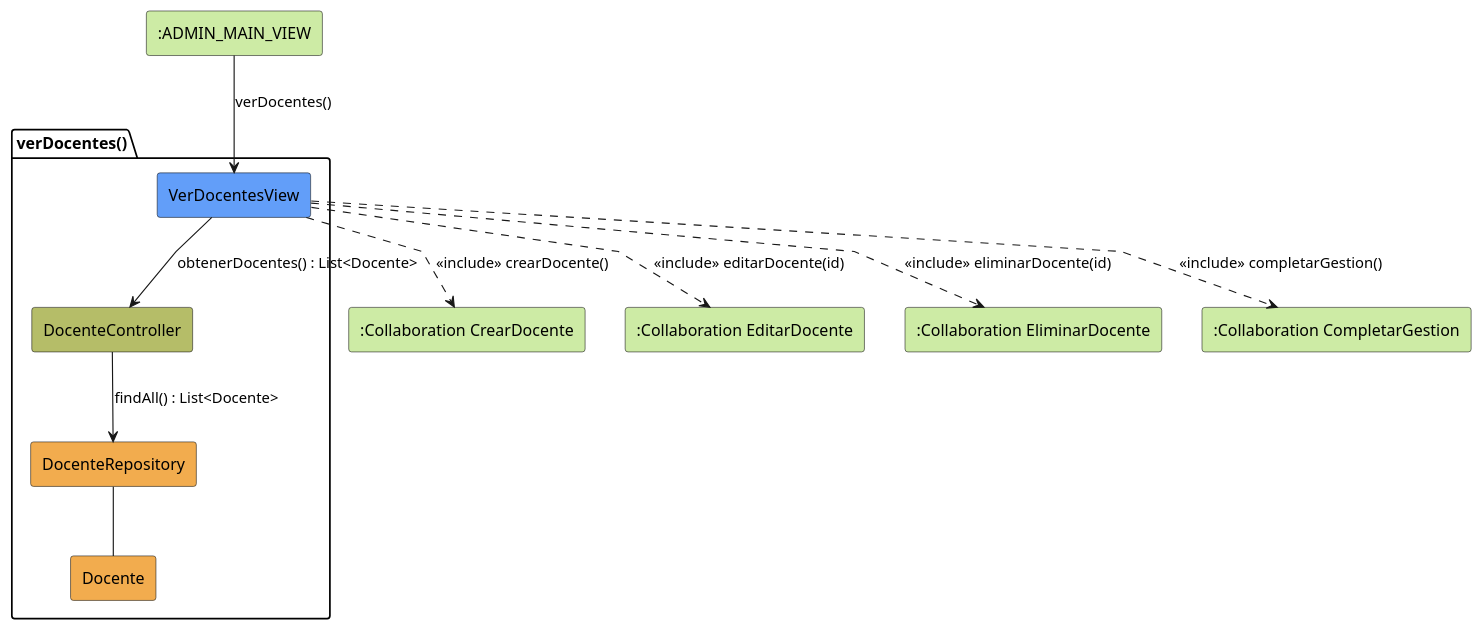
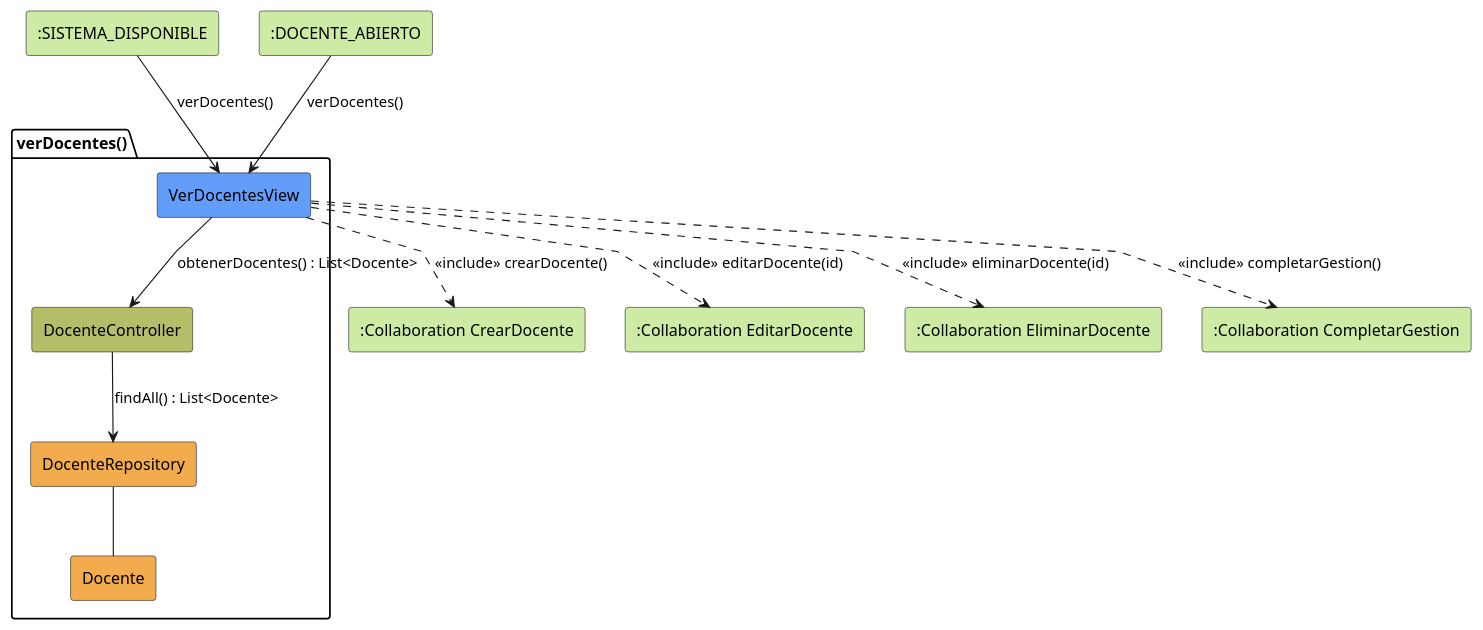
One commit to Pareyor/25-26-idsw2-sdVC changed the diagram in modelosUML/analisis/verDocentes/colaboracion.puml. Above: the diagram before and after it, drawn with PlantUML. The commit also changed 1 other file, not shown here.

Commit message:
fix: corrige detalle en verDocentes

```diff
--- a/modelosUML/analisis/verDocentes/colaboracion.puml
+++ b/modelosUML/analisis/verDocentes/colaboracion.puml
@@ -1,30 +1,32 @@
 @startuml verDocentes-analisis
 skinparam linetype polyline
 
-rectangle #CDEBA5 ":ADMIN_MAIN_VIEW" as AdminMainView
+rectangle #CDEBA5 ":SISTEMA_DISPONIBLE" as SistemaDisponible
+rectangle #CDEBA5 ":DOCENTE_ABIERTO" as DocenteAbierto
 rectangle #CDEBA5 ":Collaboration CrearDocente" as CrearDocente
 rectangle #CDEBA5 ":Collaboration EditarDocente" as EditarDocente
 rectangle #CDEBA5 ":Collaboration EliminarDocente" as EliminarDocente
 rectangle #CDEBA5 ":Collaboration CompletarGestion" as CompletarGestion
 
 package verDocentes as "verDocentes()" {
     rectangle #629EF9 VerDocentesView
     rectangle #b5bd68 DocenteController
     rectangle #F2AC4E DocenteRepository
     rectangle #F2AC4E Docente
 }
 
-AdminMainView --> VerDocentesView: verDocentes()
+SistemaDisponible --> VerDocentesView: verDocentes()
+DocenteAbierto --> VerDocentesView: verDocentes()
 
 VerDocentesView -d-> DocenteController: obtenerDocentes() : List<Docente>
 
 DocenteController --> DocenteRepository: findAll() : List<Docente>
 
 DocenteRepository -- Docente
 
 VerDocentesView ..> CrearDocente: <<include>> crearDocente()
 VerDocentesView ..> EditarDocente: <<include>> editarDocente(id)
 VerDocentesView ..> EliminarDocente: <<include>> eliminarDocente(id)
 VerDocentesView ..> CompletarGestion: <<include>> completarGestion()
 
 @enduml
```
